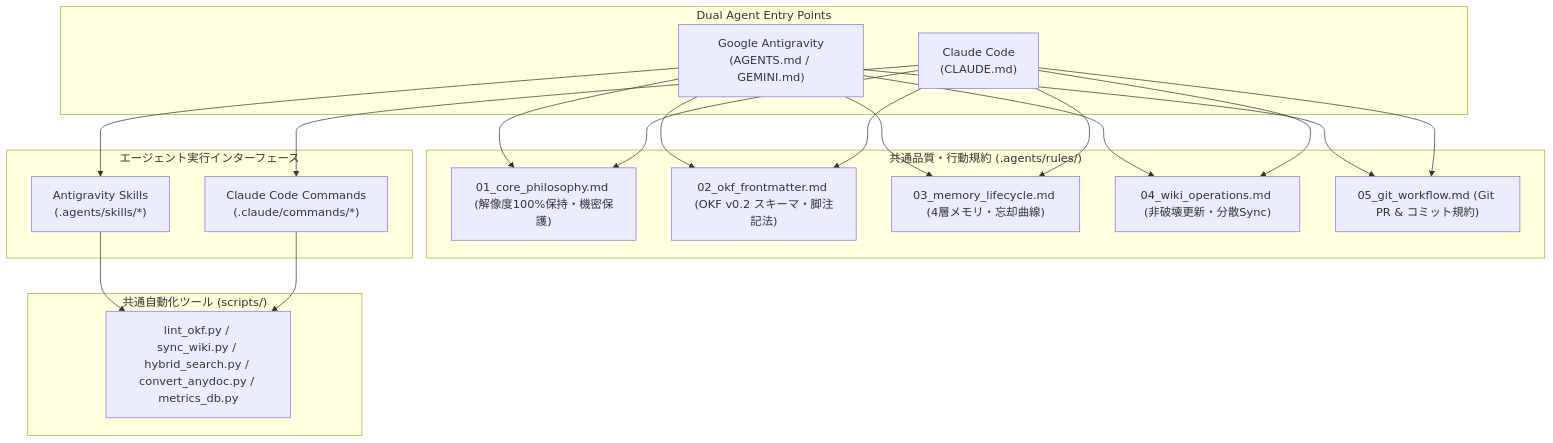
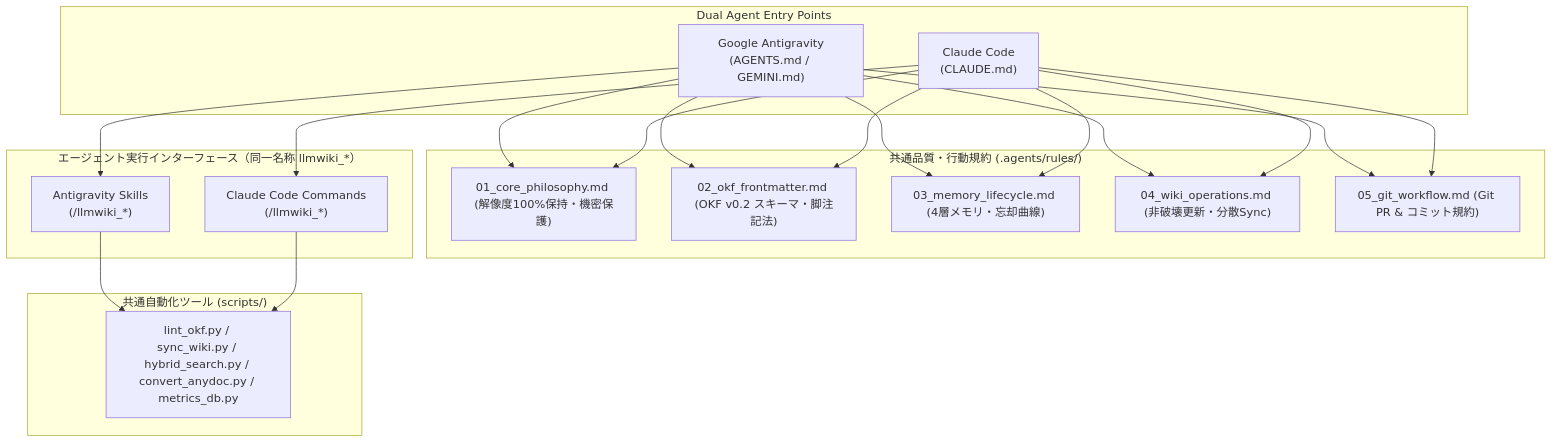
One commit to slee-pasonatquila/llmwiki changed the third of 4 diagrams in README.md. Above: the diagram before and after it, drawn with Mermaid. The commit also changed other lines of this file and 15 other files, not shown here.

First line of the commit message:
docs: rename agent commands and skills to use llmwiki prefix

````diff
--- a/README.md
+++ b/README.md
@@ -250,29 +251,29 @@
 ```mermaid
 flowchart TD
     subgraph "Dual Agent Entry Points"
         AG["Google Antigravity<br/>(AGENTS.md / GEMINI.md)"]
         CC["Claude Code<br/>(CLAUDE.md)"]
     end
 
     subgraph "共通品質・行動規約 (.agents/rules/)"
         R1["01_core_philosophy.md (解像度100%保持・機密保護)"]
         R2["02_okf_frontmatter.md (OKF v0.2 スキーマ・脚注記法)"]
         R3["03_memory_lifecycle.md (4層メモリ・忘却曲線)"]
         R4["04_wiki_operations.md (非破壊更新・分散Sync)"]
         R5["05_git_workflow.md (Git PR & コミット規約)"]
     end
 
-    subgraph "エージェント実行インターフェース"
-        S_AG["Antigravity Skills<br/>(.agents/skills/*)"]
-        S_CC["Claude Code Commands<br/>(.claude/commands/*)"]
+    subgraph "エージェント実行インターフェース（同一名称 llmwiki_*）"
+        S_AG["Antigravity Skills<br/>(/llmwiki_*)"]
+        S_CC["Claude Code Commands<br/>(/llmwiki_*)"]
     end
 
     subgraph "共通自動化ツール (scripts/)"
         Tools["lint_okf.py / sync_wiki.py / hybrid_search.py / convert_anydoc.py / metrics_db.py"]
     end
 
     AG --> R1 & R2 & R3 & R4 & R5
     CC --> R1 & R2 & R3 & R4 & R5
     AG --> S_AG --> Tools
     CC --> S_CC --> Tools
 ```
````
